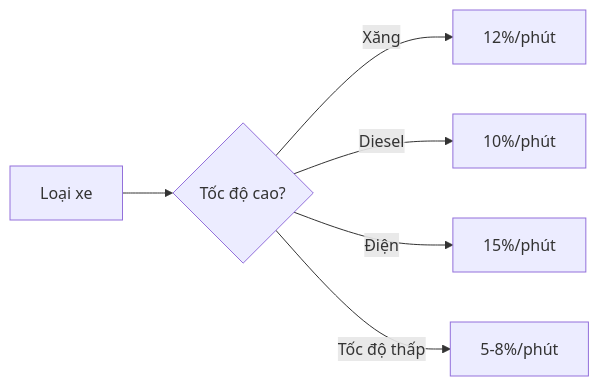
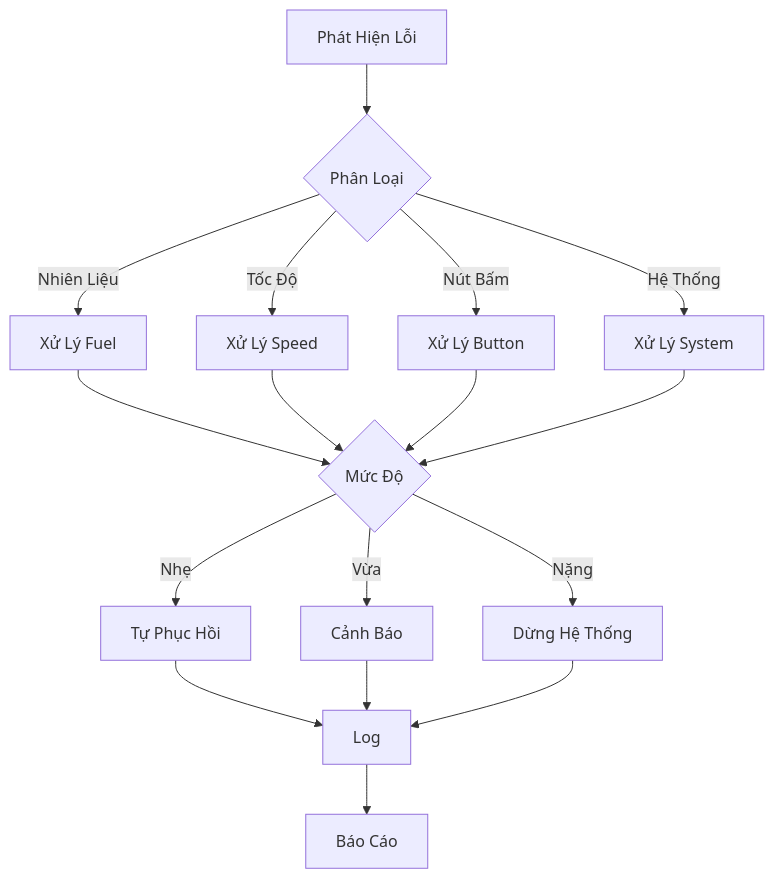
One commit to anhducad1111/car-dashboard changed the eighth of 8 diagrams in README.md. Above: the diagram before and after it, drawn with Mermaid. The commit also changed other lines of this file, not shown here.

````diff
--- a/README.md
+++ b/README.md
@@ -96,9 +375,22 @@
 ```mermaid
-graph LR
-    A[Loại xe] --> B{Tốc độ cao?}
-    B -->|Xăng| C[12%/phút]
-    B -->|Diesel| D[10%/phút]
-    B -->|Điện| E[15%/phút]
+flowchart TD
+    A[Phát Hiện Lỗi] --> B{Phân Loại}
+    B -->|Nhiên Liệu| C[Xử Lý Fuel]
+    B -->|Tốc Độ| D[Xử Lý Speed]
+    B -->|Nút Bấm| E[Xử Lý Button]
+    B -->|Hệ Thống| F[Xử Lý System]
     
-    B -->|Tốc độ thấp| F[5-8%/phút]
+    C --> G{Mức Độ}
+    D --> G
+    E --> G
+    F --> G
+    
+    G -->|Nhẹ| H[Tự Phục Hồi]
+    G -->|Vừa| I[Cảnh Báo]
+    G -->|Nặng| J[Dừng Hệ Thống]
+    
+    H --> K[Log]
+    I --> K
+    J --> K
+    K --> L[Báo Cáo]
 ```
````
